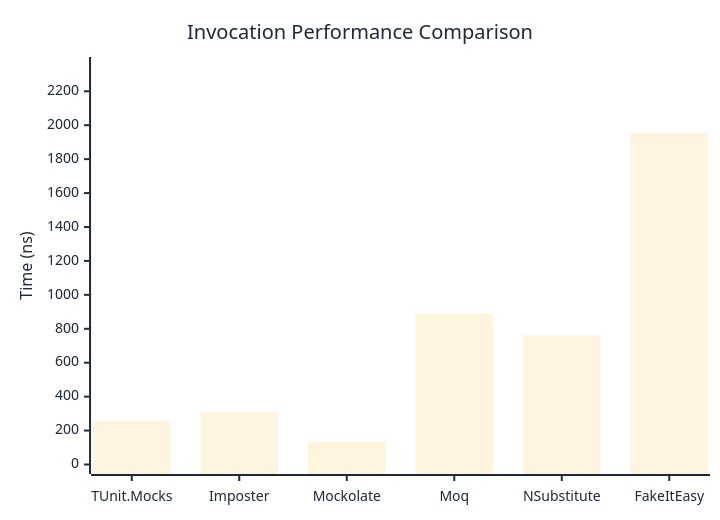
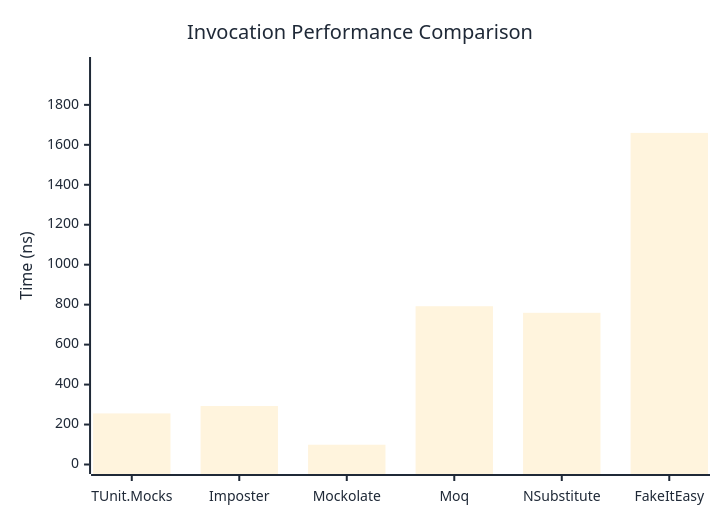
One commit to thomhurst/TUnit changed the first of 3 diagrams in docs/docs/benchmarks/mocks/Invocation.md. Above: the diagram before and after it, drawn with Mermaid. The commit also changed other lines of this file and 14 other files, not shown here.

````diff
--- a/docs/docs/benchmarks/mocks/Invocation.md
+++ b/docs/docs/benchmarks/mocks/Invocation.md
@@ -28,27 +28,27 @@
 ```mermaid
 %%{init: {
   'theme':'base',
   'themeVariables': {
     'primaryColor': '#2563eb',
     'primaryTextColor': '#1f2937',
     'primaryBorderColor': '#1e40af',
     'lineColor': '#6b7280',
     'secondaryColor': '#7c3aed',
     'tertiaryColor': '#dc2626',
     'background': '#ffffff',
     'pie1': '#2563eb',
     'pie2': '#7c3aed',
     'pie3': '#dc2626',
     'pie4': '#f59e0b',
     'pie5': '#10b981',
     'pie6': '#06b6d4',
     'pie7': '#ec4899',
     'pie8': '#6366f1'
   }
 }}%%
 xychart-beta
   title "Invocation Performance Comparison"
   x-axis ["TUnit.Mocks", "Imposter", "Mockolate", "Moq", "NSubstitute", "FakeItEasy"]
-  y-axis "Time (ns)" 0 --> 2346
-  bar [258.2, 310.2, 136.4, 887.5, 762.6, 1954.2]
+  y-axis "Time (ns)" 0 --> 1992
+  bar [255.66, 292.65, 98.9, 792.14, 759.23, 1659.69]
 ```
````
